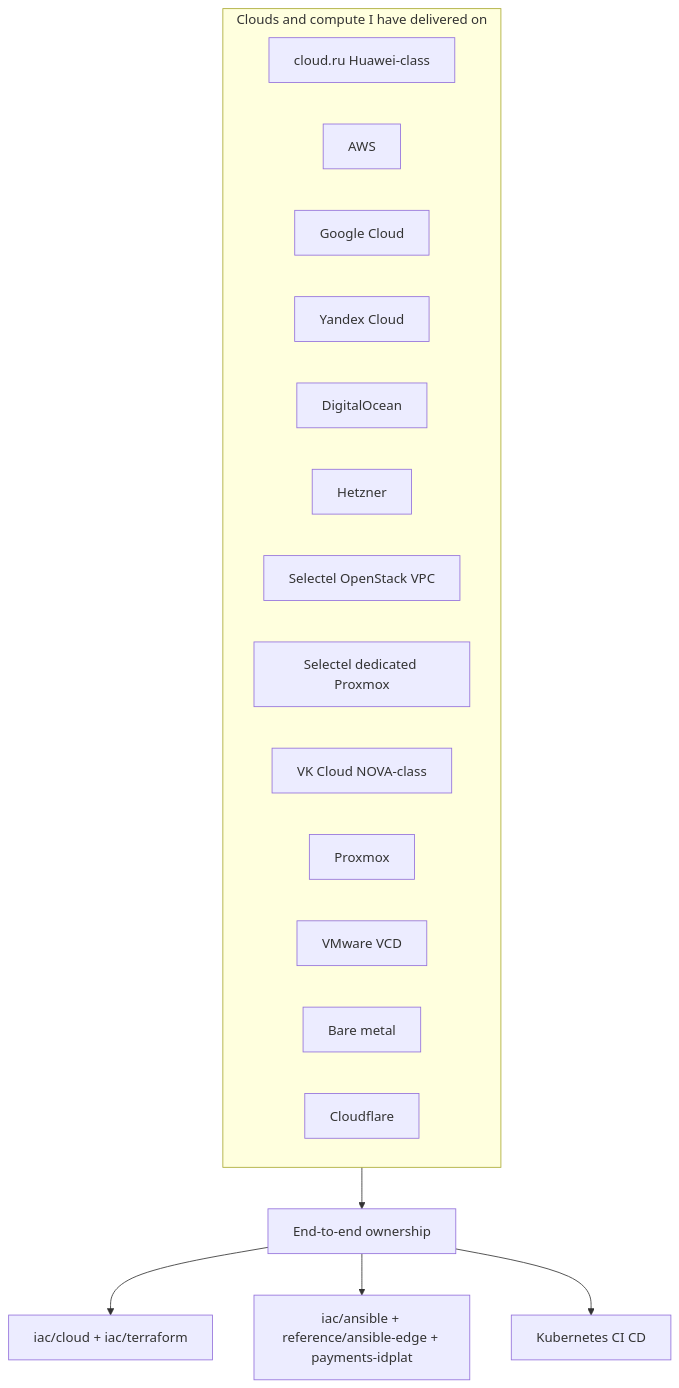
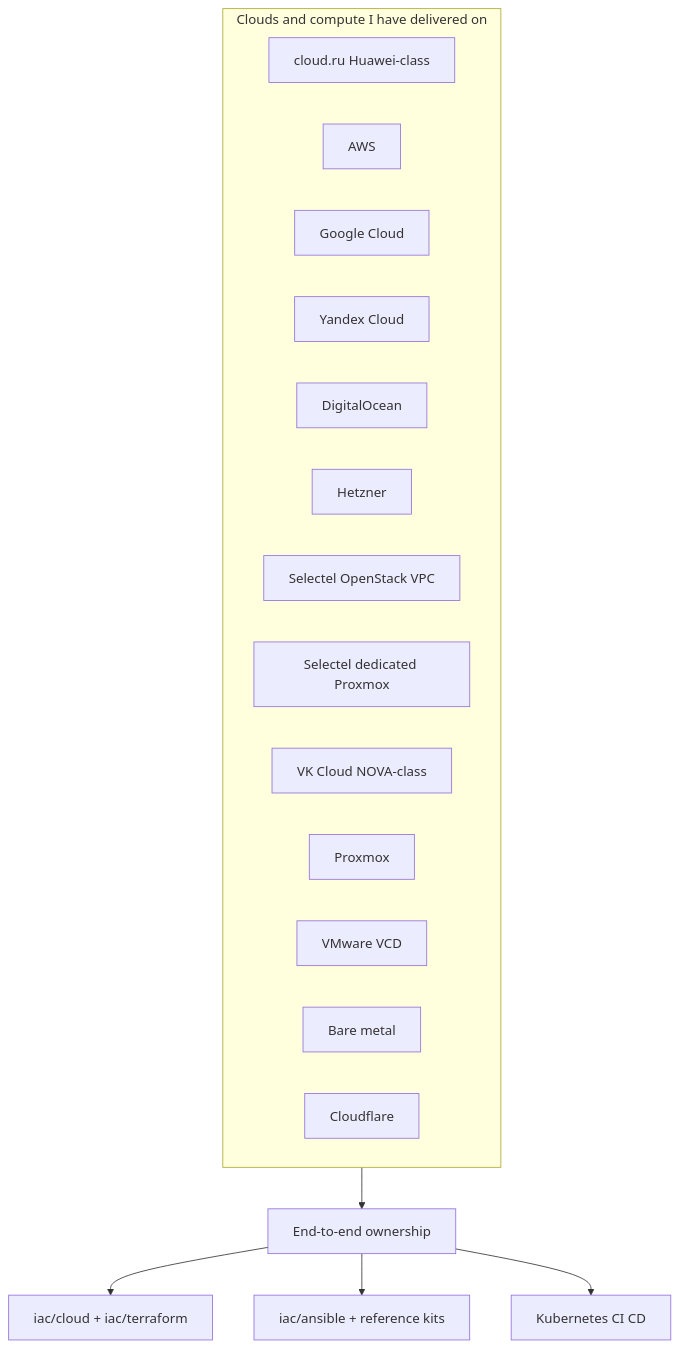
The first of 4 diagrams in README.md (NarberallGamma/narberall-platform-engineer-lab), drawn with Mermaid before and after one commit. The commit also changed other lines of this file and 399 other files, not shown here.

````diff
--- a/README.md
+++ b/README.md
@@ -74,22 +78,22 @@
 ```mermaid
 flowchart TB
   subgraph clouds [Clouds and compute I have delivered on]
     CR[cloud.ru Huawei-class]
     AWS[AWS]
     GCP[Google Cloud]
     YC[Yandex Cloud]
     DO[DigitalOcean]
     HZ[Hetzner]
     OS[Selectel OpenStack VPC]
     SELD[Selectel dedicated Proxmox]
     VK[VK Cloud NOVA-class]
     PX[Proxmox]
     VM[VMware VCD]
     BM[Bare metal]
     CF[Cloudflare]
   end
   clouds --> Own[End-to-end ownership]
   Own --> IaC[iac/cloud + iac/terraform]
-  Own --> ANS[iac/ansible + reference/ansible-edge + payments-idplat]
+  Own --> ANS[iac/ansible + reference kits]
   Own --> K8s[Kubernetes CI CD]
 ```
````
